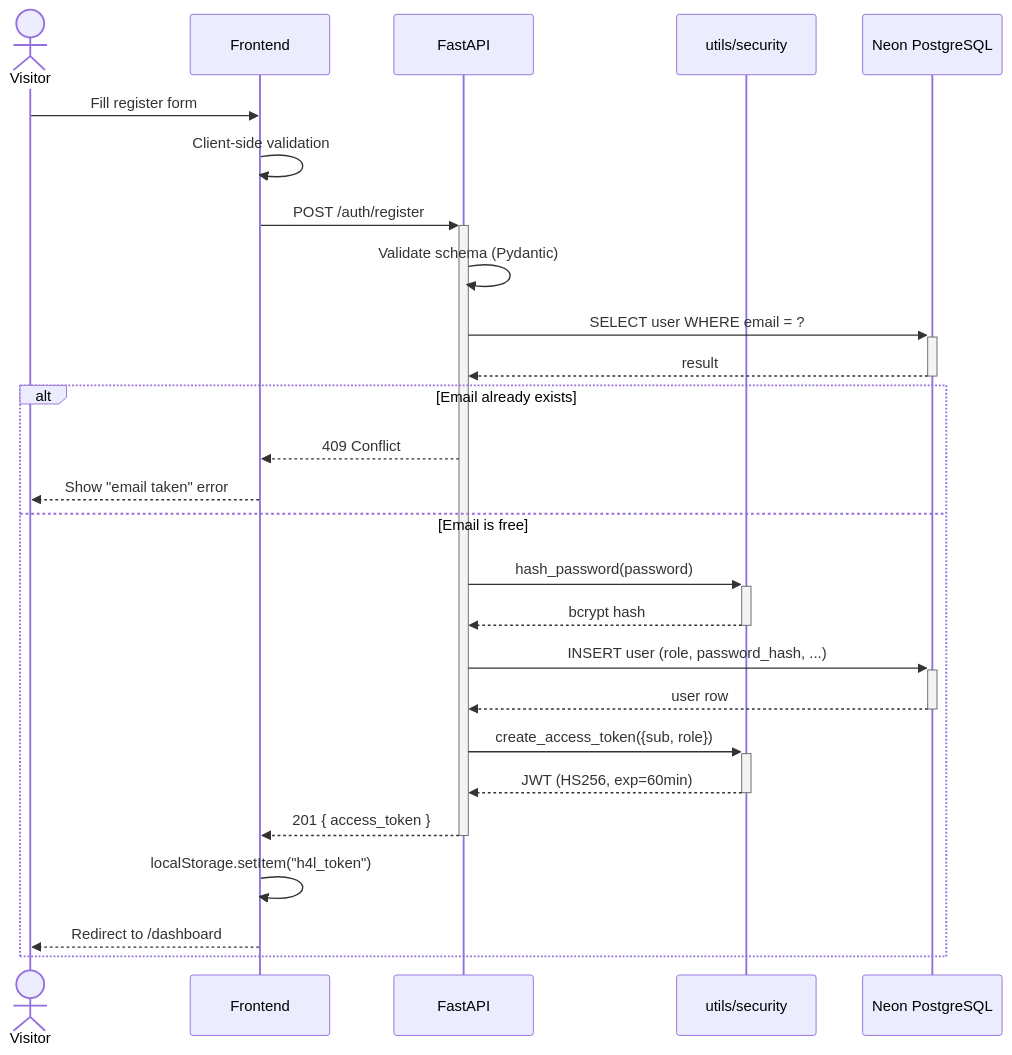
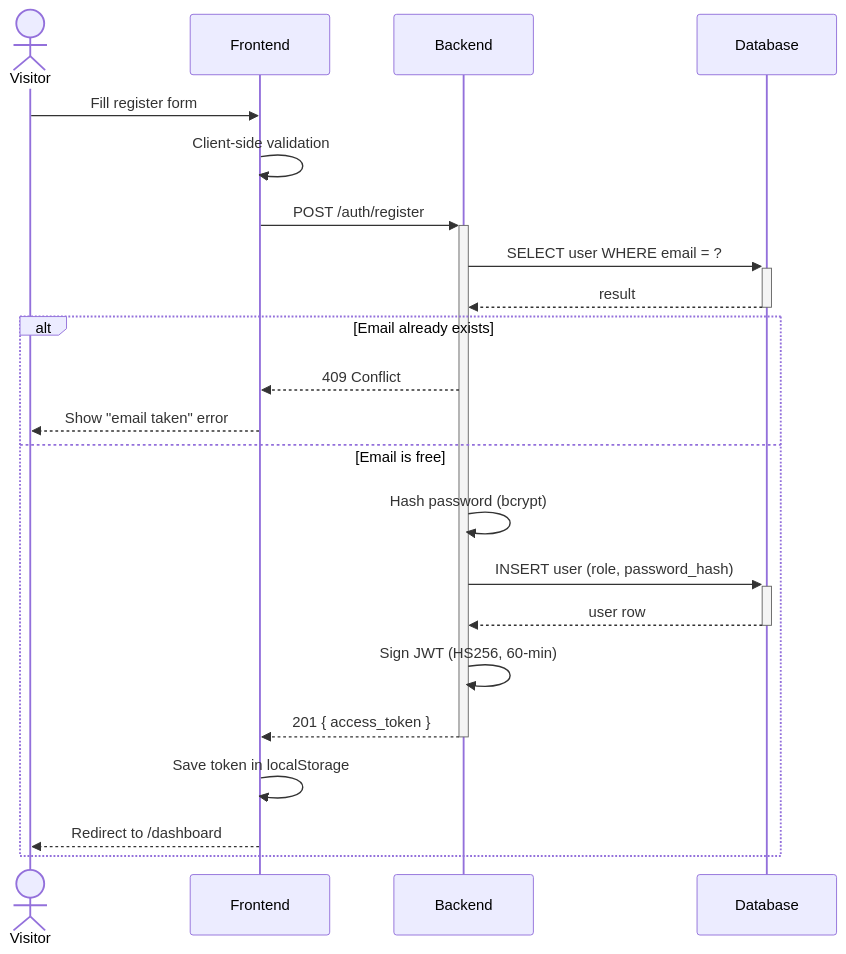
Before and after one commit to yazidha09/Hub4Learners: the fourth of 5 diagrams in docs/sprints/SPRINT_1.md, drawn with Mermaid. The commit also changed other lines of this file and 5 other files, not shown here.

````diff
--- a/docs/sprints/SPRINT_1.md
+++ b/docs/sprints/SPRINT_1.md
@@ -89,29 +89,25 @@
 ```mermaid
 sequenceDiagram
     actor Visitor
     participant Frontend
-    participant API as FastAPI
-    participant Sec as utils/security
-    participant DB as Neon PostgreSQL
+    participant Backend
+    participant DB as Database
 
     Visitor->>Frontend: Fill register form
     Frontend->>Frontend: Client-side validation
-    Frontend->>+API: POST /auth/register
-    API->>API: Validate schema (Pydantic)
-    API->>+DB: SELECT user WHERE email = ?
-    DB-->>-API: result
+    Frontend->>+Backend: POST /auth/register
+    Backend->>+DB: SELECT user WHERE email = ?
+    DB-->>-Backend: result
     alt Email already exists
-        API-->>Frontend: 409 Conflict
+        Backend-->>Frontend: 409 Conflict
         Frontend-->>Visitor: Show "email taken" error
     else Email is free
-        API->>+Sec: hash_password(password)
-        Sec-->>-API: bcrypt hash
-        API->>+DB: INSERT user (role, password_hash, ...)
-        DB-->>-API: user row
-        API->>+Sec: create_access_token({sub, role})
-        Sec-->>-API: JWT (HS256, exp=60min)
-        API-->>-Frontend: 201 { access_token }
-        Frontend->>Frontend: localStorage.setItem("h4l_token")
+        Backend->>Backend: Hash password (bcrypt)
+        Backend->>+DB: INSERT user (role, password_hash)
+        DB-->>-Backend: user row
+        Backend->>Backend: Sign JWT (HS256, 60-min)
+        Backend-->>-Frontend: 201 { access_token }
+        Frontend->>Frontend: Save token in localStorage
         Frontend-->>Visitor: Redirect to /dashboard
     end
 ```
````
